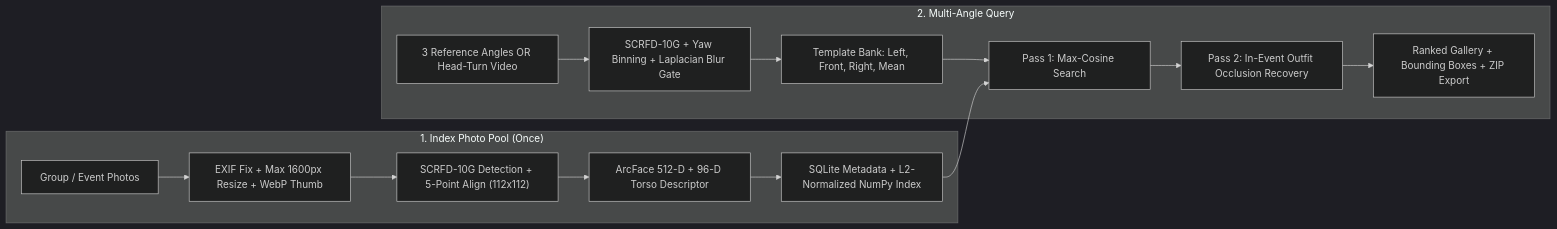
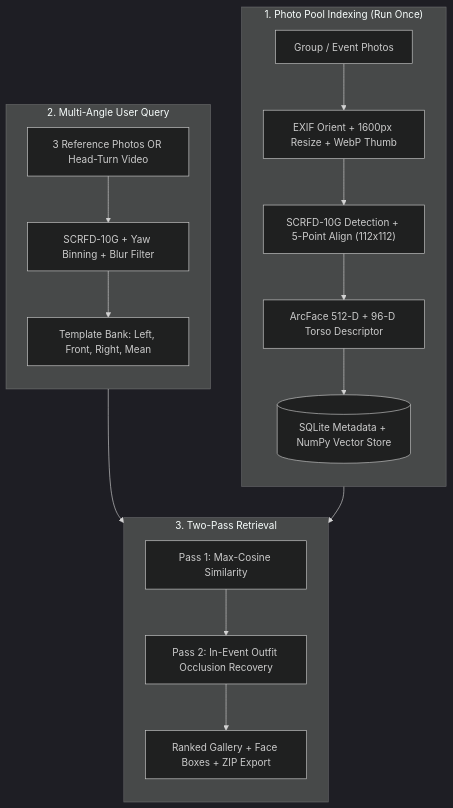
The diagram in README.md (devsijanpandey12/Tasbir---Multi-Pose-Face-Retrieval-), drawn with Mermaid (dark theme) before and after one commit. The commit also changed other lines of this file, not shown here.

Commit message:
improve pipeline flowchart, add tech stack, and remove evolution table

````diff
--- a/README.md
+++ b/README.md
@@ -29,18 +29,34 @@
 ```mermaid
-flowchart LR
-    subgraph Pool["1. Index Photo Pool (Once)"]
-        P["Group / Event Photos"] --> Pre["EXIF Fix + Max 1600px Resize + WebP Thumb"]
-        Pre --> Det1["SCRFD-10G Detection + 5-Point Align (112x112)"]
-        Det1 --> Emb1["ArcFace 512-D + 96-D Torso Descriptor"]
-        Emb1 --> DB["SQLite Metadata + L2-Normalized NumPy Index"]
+flowchart TD
+    subgraph Pool["1. Photo Pool Indexing (Run Once)"]
+        direction TB
+        P["Group / Event Photos"]
+        Pre["EXIF Orient + 1600px Resize + WebP Thumb"]
+        Det1["SCRFD-10G Detection + 5-Point Align (112x112)"]
+        Emb1["ArcFace 512-D + 96-D Torso Descriptor"]
+        DB[("SQLite Metadata + NumPy Vector Store")]
+
+        P --> Pre --> Det1 --> Emb1 --> DB
     end
 
-    subgraph Query["2. Multi-Angle Query"]
-        Ref["3 Reference Angles OR Head-Turn Video"] --> Det2["SCRFD-10G + Yaw Binning + Laplacian Blur Gate"]
-        Det2 --> Bank["Template Bank: Left, Front, Right, Mean"]
-        Bank --> P1["Pass 1: Max-Cosine Search"]
-        DB --> P1
-        P1 --> P2["Pass 2: In-Event Outfit Occlusion Recovery"]
-        P2 --> Out["Ranked Gallery + Bounding Boxes + ZIP Export"]
+    subgraph Query["2. Multi-Angle User Query"]
+        direction TB
+        Ref["3 Reference Photos OR Head-Turn Video"]
+        Det2["SCRFD-10G + Yaw Binning + Blur Filter"]
+        Bank["Template Bank: Left, Front, Right, Mean"]
+
+        Ref --> Det2 --> Bank
     end
+
+    subgraph Match["3. Two-Pass Retrieval"]
+        direction TB
+        P1["Pass 1: Max-Cosine Similarity"]
+        P2["Pass 2: In-Event Outfit Occlusion Recovery"]
+        Out["Ranked Gallery + Face Boxes + ZIP Export"]
+
+        P1 --> P2 --> Out
+    end
+
+    DB --> P1
+    Bank --> P1
 ```
````
